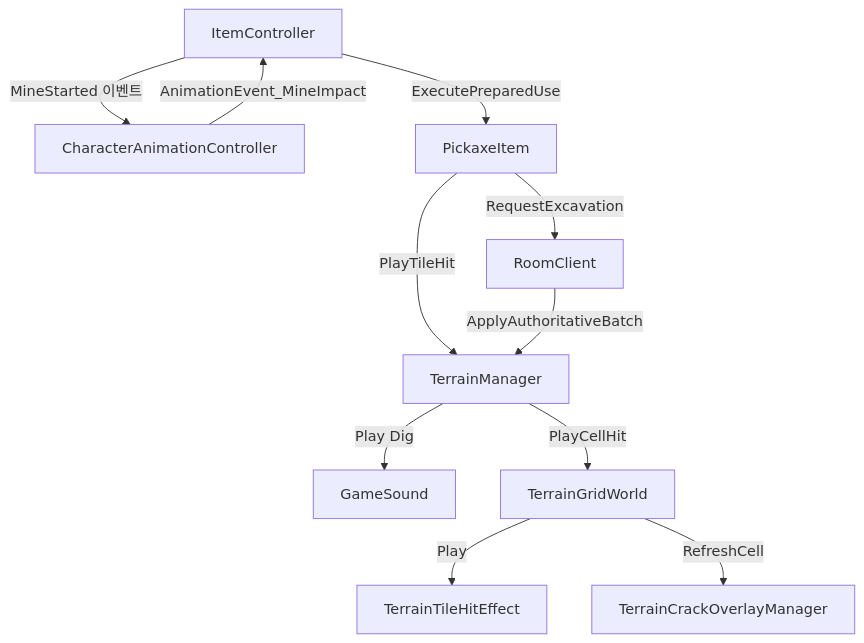
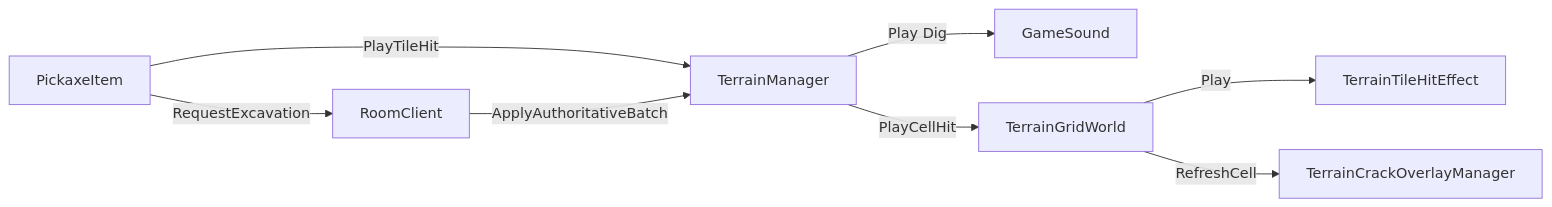
Before and after one commit to ashadeveloperr/ashadeveloperr.github.io: the second of 3 diagrams in src/1-folk-sack/기술문서.md, drawn with Mermaid. The commit also changed other lines of this file and 3 other files, not shown here.

Commit message:
1.4 구조 다이어그램을 둘로 나눔(Folk Sack·Desert Flavor)

````diff
--- a/src/1-folk-sack/기술문서.md
+++ b/src/1-folk-sack/기술문서.md
@@ -64,13 +75,10 @@
 ```mermaid
-flowchart TB
-  IC["ItemController"] -->|"MineStarted 이벤트"| CAC["CharacterAnimationController"]
-  CAC -->|"AnimationEvent_MineImpact"| IC
-  IC -->|"ExecutePreparedUse"| PI["PickaxeItem"]
-  PI -->|"RequestExcavation"| RC["RoomClient"]
+flowchart LR
+  PI["PickaxeItem"] -->|"RequestExcavation"| RC["RoomClient"]
   PI -->|"PlayTileHit"| TM["TerrainManager"]
   RC -->|"ApplyAuthoritativeBatch"| TM
   TM -->|"Play Dig"| GS["GameSound"]
   TM -->|"PlayCellHit"| TGW["TerrainGridWorld"]
   TGW -->|"Play"| THE["TerrainTileHitEffect"]
   TGW -->|"RefreshCell"| TCO["TerrainCrackOverlayManager"]
 ```
````
